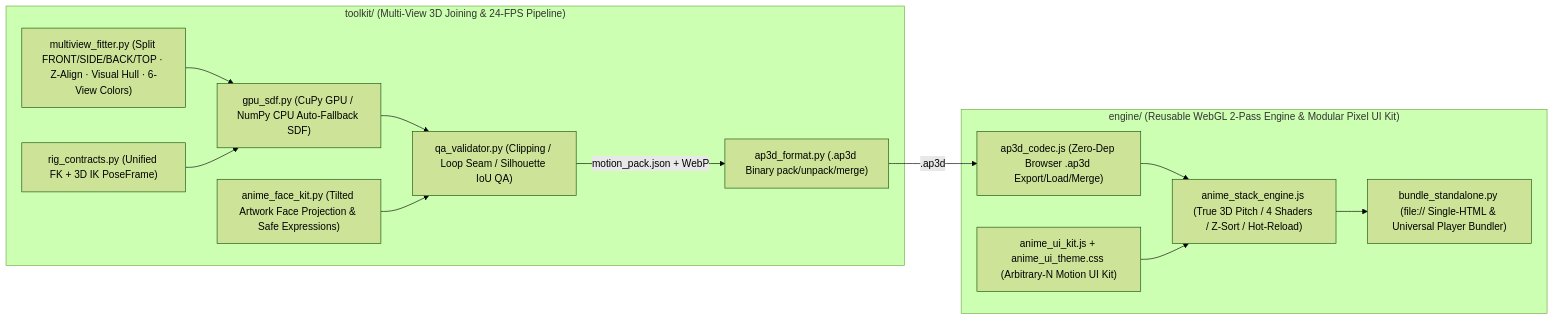
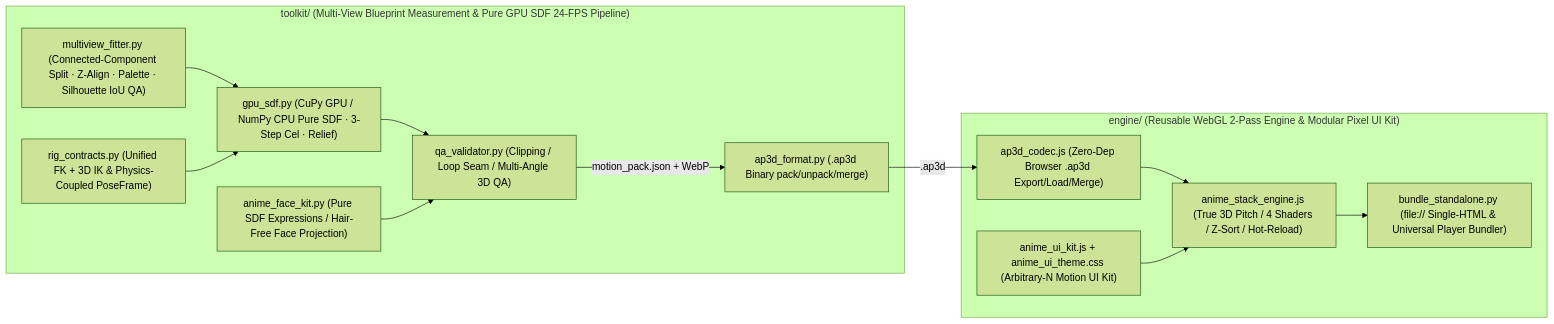
One commit to kuraneko1/anime-pseudo-3d changed the diagram in README.en.md. Above: the diagram before and after it, drawn with Mermaid (forest theme). The commit also changed other lines of this file and 17 other files, not shown here.

Commit message:
Standardize pure GPU-SDF blueprint workflow, add 2-Pass Full-3D mesh engine/converter, and upgrade AnimeUIKit export selector & mobile UX

````diff
--- a/README.en.md
+++ b/README.en.md
@@ -121,28 +121,28 @@
 ```mermaid
 flowchart LR
-  subgraph T1["toolkit/ (Multi-View 3D Joining & 24-FPS Pipeline)"]
-    MV["multiview_fitter.py (Split FRONT/SIDE/BACK/TOP · Z-Align · Visual Hull · 6-View Colors)"]
-    SDF["gpu_sdf.py (CuPy GPU / NumPy CPU Auto-Fallback SDF)"]
-    FACE["anime_face_kit.py (Tilted Artwork Face Projection & Safe Expressions)"]
-    RIG["rig_contracts.py (Unified FK + 3D IK PoseFrame)"]
-    QA["qa_validator.py (Clipping / Loop Seam / Silhouette IoU QA)"]
+  subgraph T1["toolkit/ (Multi-View Blueprint Measurement & Pure GPU SDF 24-FPS Pipeline)"]
+    MV["multiview_fitter.py (Connected-Component Split · Z-Align · Palette · Silhouette IoU QA)"]
+    SDF["gpu_sdf.py (CuPy GPU / NumPy CPU Pure SDF · 3-Step Cel · Relief)"]
+    FACE["anime_face_kit.py (Pure SDF Expressions / Hair-Free Face Projection)"]
+    RIG["rig_contracts.py (Unified FK + 3D IK & Physics-Coupled PoseFrame)"]
+    QA["qa_validator.py (Clipping / Loop Seam / Multi-Angle 3D QA)"]
     AP3D["ap3d_format.py (.ap3d Binary pack/unpack/merge)"]
   end
 
   subgraph E1["engine/ (Reusable WebGL 2-Pass Engine & Modular Pixel UI Kit)"]
     CODEC["ap3d_codec.js (Zero-Dep Browser .ap3d Export/Load/Merge)"]
     UIKIT["anime_ui_kit.js + anime_ui_theme.css (Arbitrary-N Motion UI Kit)"]
     GL["anime_stack_engine.js (True 3D Pitch / 4 Shaders / Z-Sort / Hot-Reload)"]
     BND["bundle_standalone.py (file:// Single-HTML & Universal Player Bundler)"]
   end
 
   MV --> SDF
   SDF --> QA
   FACE --> QA
   RIG --> SDF
   QA -->|"motion_pack.json + WebP"| AP3D
   AP3D -->|".ap3d"| CODEC
   CODEC --> GL
   UIKIT --> GL
   GL --> BND
 ```
````
